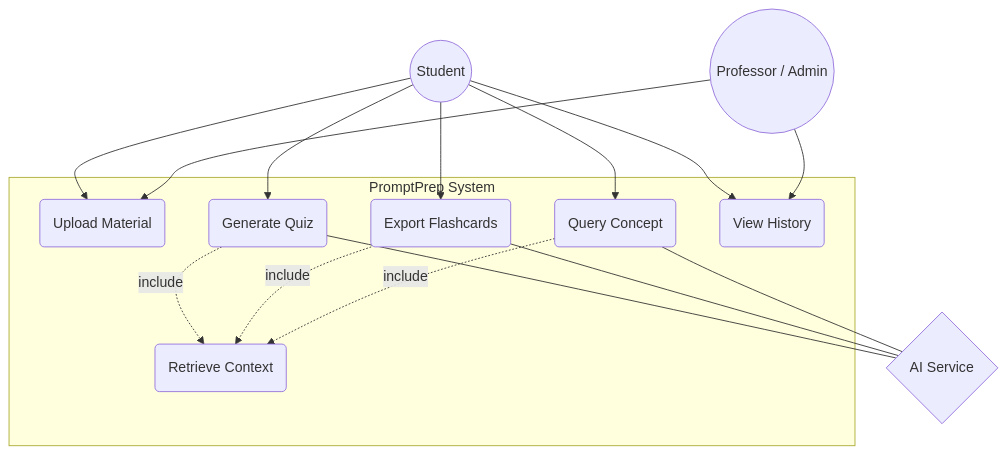
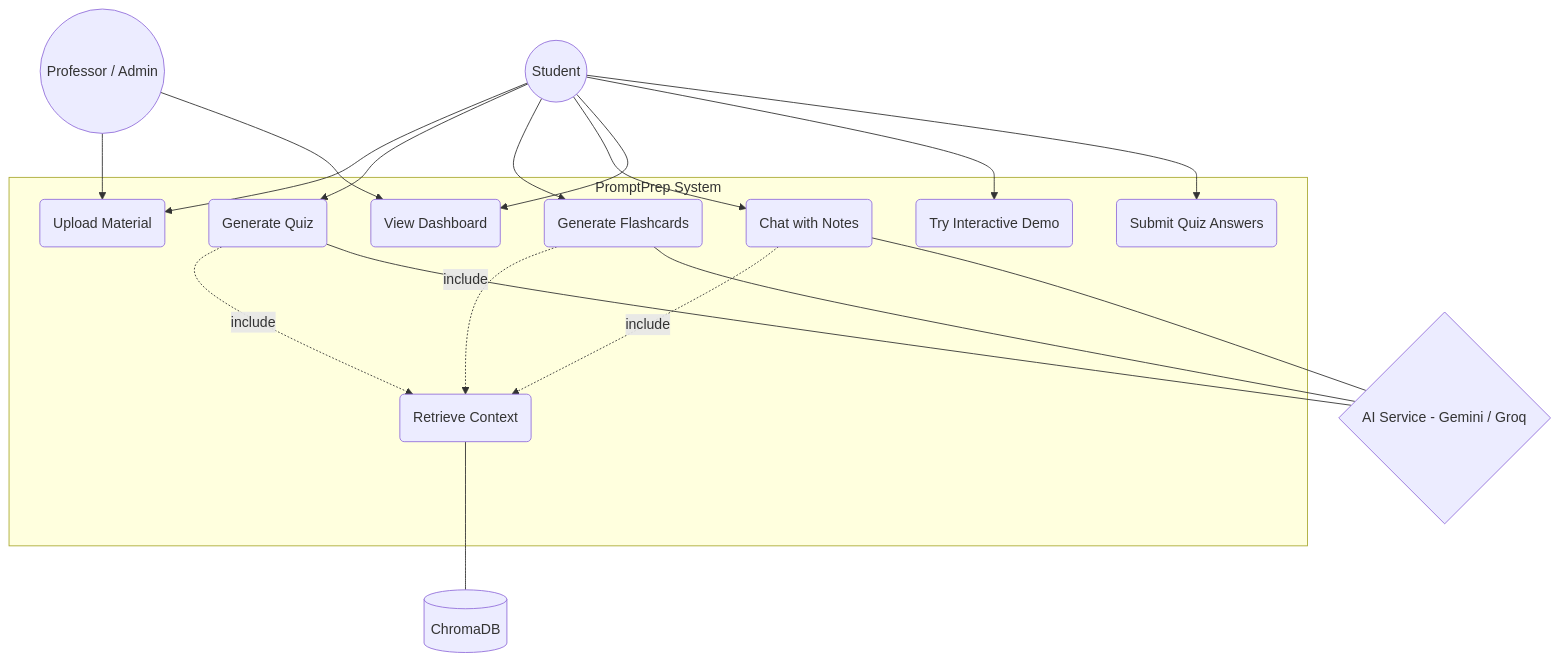
One commit to AyushCoder9/PromptPrep changed the diagram in useCaseDiagram.md. Above: the diagram before and after it, drawn with Mermaid. The commit also changed 3 other files, not shown here.

Commit message:
Draft system diagrams

````diff
--- a/useCaseDiagram.md
+++ b/useCaseDiagram.md
@@ -1,38 +1,44 @@
 ```mermaid
 graph TD
     %% Define Actors
     Student((Student))
     Professor((Professor / Admin))
-    AI{AI Service}
+    AI{AI Service - Gemini / Groq}
+    VectorDB[(ChromaDB)]
 
     %% System Boundary
     subgraph PromptPrep_System [PromptPrep System]
         UC1(Upload Material)
         UC2(Generate Quiz)
-        UC3(Export Flashcards)
-        UC4(Query Concept)
-        UC5(View History)
-        UC6(Retrieve Context)
+        UC3(Generate Flashcards)
+        UC4(Chat with Notes)
+        UC5(View Dashboard)
+        UC6(Try Interactive Demo)
+        UC7(Retrieve Context)
+        UC8(Submit Quiz Answers)
     end
 
     %% Student Interactions
     Student --> UC1
     Student --> UC2
     Student --> UC3
     Student --> UC4
     Student --> UC5
+    Student --> UC6
+    Student --> UC8
 
     %% Professor Interactions
     Professor --> UC1
     Professor --> UC5
 
-    %% Includes (represented as dependencies)
-    UC2 -.->|include| UC6
-    UC3 -.->|include| UC6
-    UC4 -.->|include| UC6
+    %% System Dependencies (include relationships)
+    UC2 -.->|include| UC7
+    UC3 -.->|include| UC7
+    UC4 -.->|include| UC7
 
-    %% AI Service Interactions
+    %% External Systems
+    UC7 --- VectorDB
     UC2 --- AI
     UC3 --- AI
     UC4 --- AI
 ```
````
